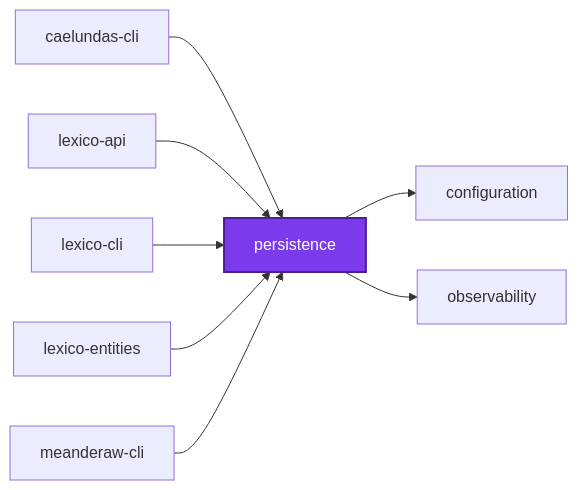
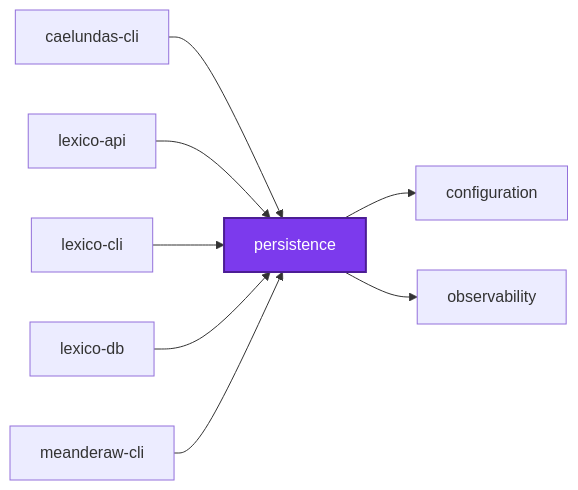
Before and after one commit to organizzolini/codebase: the first of 3 diagrams in projects/common/persistence/README.md, drawn with Mermaid. The commit also changed 279 other files, not shown here.

Commit message:
refactor(lexico-db,lexico,lexico-cli,configuration): ♻️ rename lexico-entities to lexico-db and split its modules

````diff
--- a/projects/common/persistence/README.md
+++ b/projects/common/persistence/README.md
@@ -445,20 +445,20 @@
 ```mermaid
 graph LR
   caelundas_cli["caelundas-cli"]
   configuration["configuration"]
   lexico_api["lexico-api"]
   lexico_cli["lexico-cli"]
-  lexico_entities["lexico-entities"]
+  lexico_db["lexico-db"]
   meanderaw_cli["meanderaw-cli"]
   observability["observability"]
   persistence["persistence"]
   caelundas_cli --> persistence
   lexico_api --> persistence
   lexico_cli --> persistence
-  lexico_entities --> persistence
+  lexico_db --> persistence
   meanderaw_cli --> persistence
   persistence --> configuration
   persistence --> observability
   classDef subject fill:#7c3aed,color:#fff,stroke:#4c1d95,stroke-width:2px
   class persistence subject
 ```
````
